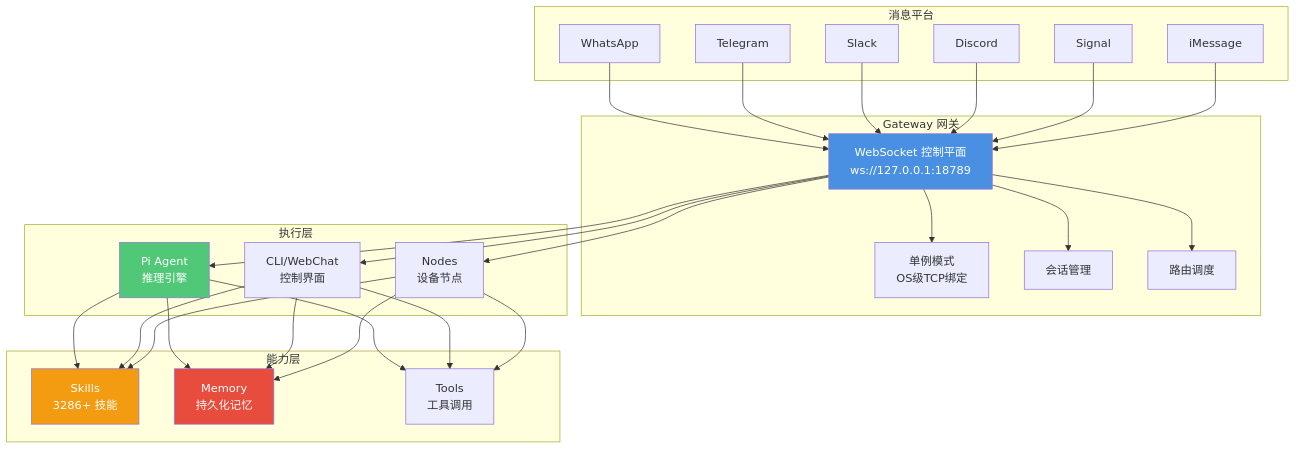
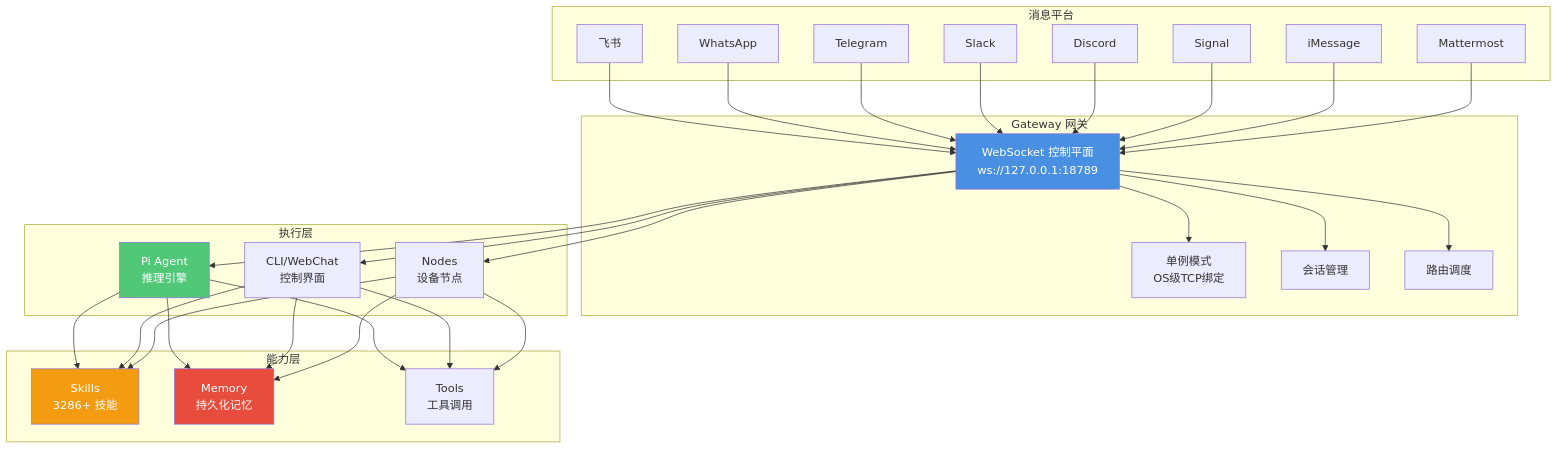
One commit to Wcowin/Wcowin.github.io changed the first of 9 diagrams in docs/develop/AI/openclaw.md. Above: the diagram before and after it, drawn with Mermaid. The commit also changed other lines of this file and 6 other files, not shown here.

````diff
--- a/docs/develop/AI/openclaw.md
+++ b/docs/develop/AI/openclaw.md
@@ -66,40 +66,42 @@
 ```mermaid
 graph TB
     subgraph "消息平台"
+        A0[飞书]
         A1[WhatsApp]
         A2[Telegram]
         A3[Slack]
         A4[Discord]
         A5[Signal]
         A6[iMessage]
+        A7[Mattermost]
     end
     
     subgraph "Gateway 网关"
         B[WebSocket 控制平面<br/>ws://127.0.0.1:18789]
         B1[单例模式<br/>OS级TCP绑定]
         B2[会话管理]
         B3[路由调度]
     end
     
     subgraph "执行层"
         C1[Pi Agent<br/>推理引擎]
         C2[CLI/WebChat<br/>控制界面]
         C3[Nodes<br/>设备节点]
     end
     
     subgraph "能力层"
         D1[Skills<br/>3286+ 技能]
         D2[Memory<br/>持久化记忆]
         D3[Tools<br/>工具调用]
     end
     
-    A1 & A2 & A3 & A4 & A5 & A6 --> B
+    A0 & A1 & A2 & A3 & A4 & A5 & A6 & A7 --> B
     B --> B1 & B2 & B3
     B --> C1 & C2 & C3
     C1 & C2 & C3 --> D1 & D2 & D3
     
     style B fill:#4a90e2,color:#fff
     style C1 fill:#50c878,color:#fff
     style D1 fill:#f39c12,color:#fff
     style D2 fill:#e74c3c,color:#fff
 ```
````
